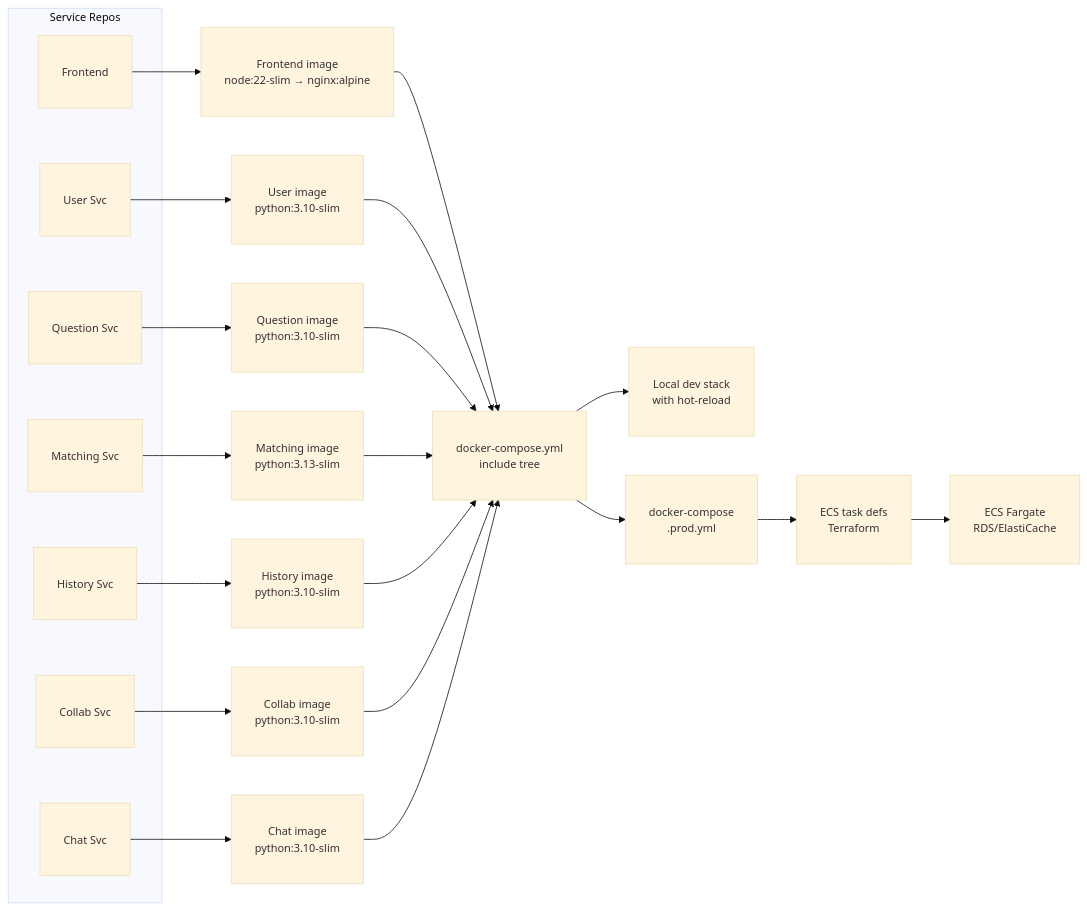
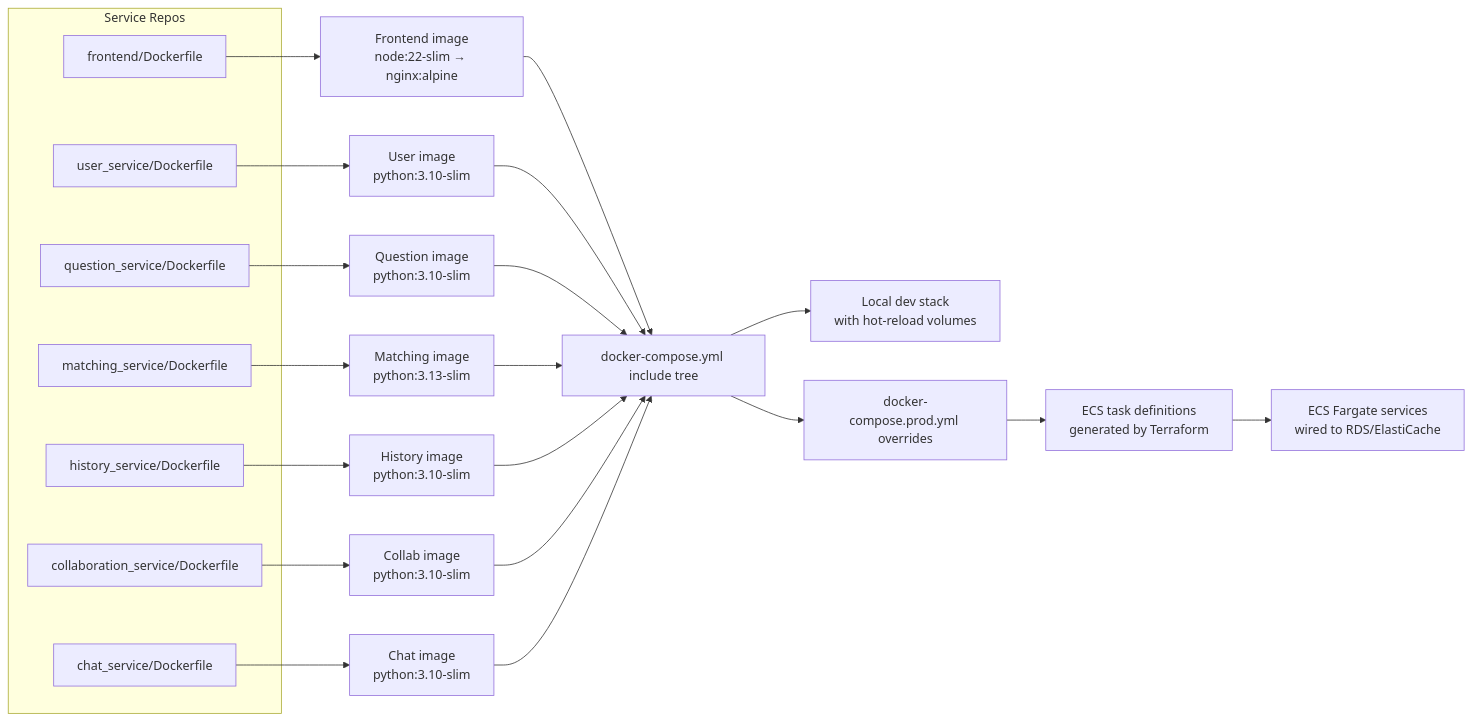
The first of 8 diagrams in docs/p1_deploy.md (JoanneHing/cs3219-ay2526s1-project-g19), drawn with Mermaid before and after one commit. The commit also changed other lines of this file, not shown here.

````diff
--- a/docs/p1_deploy.md
+++ b/docs/p1_deploy.md
@@ -9,36 +18,63 @@
 ```mermaid
-%%{init: {'theme':'base', 'themeVariables': {'fontSize':'14px'}}}%%
+
 graph LR
-  subgraph ServiceRepos["Service Repos"]
-    FE["Frontend"]
-    US["User Svc"]
-    QS["Question Svc"]
-    MS["Matching Svc"]
-    HS["History Svc"]
-    CS["Collab Svc"]
-    CH["Chat Svc"]
-  end
 
-  FE --> FE_IMG["Frontend image<br/>node:22-slim → nginx:alpine"]
-  US --> US_IMG["User image<br/>python:3.10-slim"]
-  QS --> QS_IMG["Question image<br/>python:3.10-slim"]
-  MS --> MS_IMG["Matching image<br/>python:3.13-slim"]
-  HS --> HS_IMG["History image<br/>python:3.10-slim"]
-  CS --> CS_IMG["Collab image<br/>python:3.10-slim"]
-  CH --> CH_IMG["Chat image<br/>python:3.10-slim"]
+subgraph ServiceRepos["Service Repos"]
 
-  FE_IMG --> Compose["docker-compose.yml<br/>include tree"]
-  US_IMG --> Compose
-  QS_IMG --> Compose
-  MS_IMG --> Compose
-  HS_IMG --> Compose
-  CS_IMG --> Compose
-  CH_IMG --> Compose
-  Compose --> DevStack["Local dev stack<br/>with hot-reload"]
-  Compose --> ProdOverlay["docker-compose<br/>.prod.yml"]
-  ProdOverlay --> Terraform["ECS task defs<br/>Terraform"]
-  Terraform --> Fargate["ECS Fargate<br/>RDS/ElastiCache"]
+FE[frontend/Dockerfile]
 
-  classDef wider padding:10px
-  class FE,US,QS,MS,HS,CS,CH,FE_IMG,US_IMG,QS_IMG,MS_IMG,HS_IMG,CS_IMG,CH_IMG,Compose,DevStack,ProdOverlay,Terraform,Fargate wider
+US[user_service/Dockerfile]
+
+QS[question_service/Dockerfile]
+
+MS[matching_service/Dockerfile]
+
+HS[history_service/Dockerfile]
+
+CS[collaboration_service/Dockerfile]
+
+CH[chat_service/Dockerfile]
+
+end
+
+  
+
+FE --> FE_IMG["Frontend image<br/>node:22-slim → nginx:alpine"]
+
+US --> US_IMG["User image<br/>python:3.10-slim"]
+
+QS --> QS_IMG["Question image<br/>python:3.10-slim"]
+
+MS --> MS_IMG["Matching image<br/>python:3.13-slim"]
+
+HS --> HS_IMG["History image<br/>python:3.10-slim"]
+
+CS --> CS_IMG["Collab image<br/>python:3.10-slim"]
+
+CH --> CH_IMG["Chat image<br/>python:3.10-slim"]
+
+  
+
+FE_IMG --> Compose["docker-compose.yml include tree"]
+
+US_IMG --> Compose
+
+QS_IMG --> Compose
+
+MS_IMG --> Compose
+
+HS_IMG --> Compose
+
+CS_IMG --> Compose
+
+CH_IMG --> Compose
+
+Compose --> DevStack["Local dev stack<br/>with hot-reload volumes"]
+
+Compose --> ProdOverlay["docker-compose.prod.yml overrides"]
+
+ProdOverlay --> Terraform["ECS task definitions<br/>generated by Terraform"]
+
+Terraform --> Fargate["ECS Fargate services<br/>wired to RDS/ElastiCache"]
+
 ```
````
